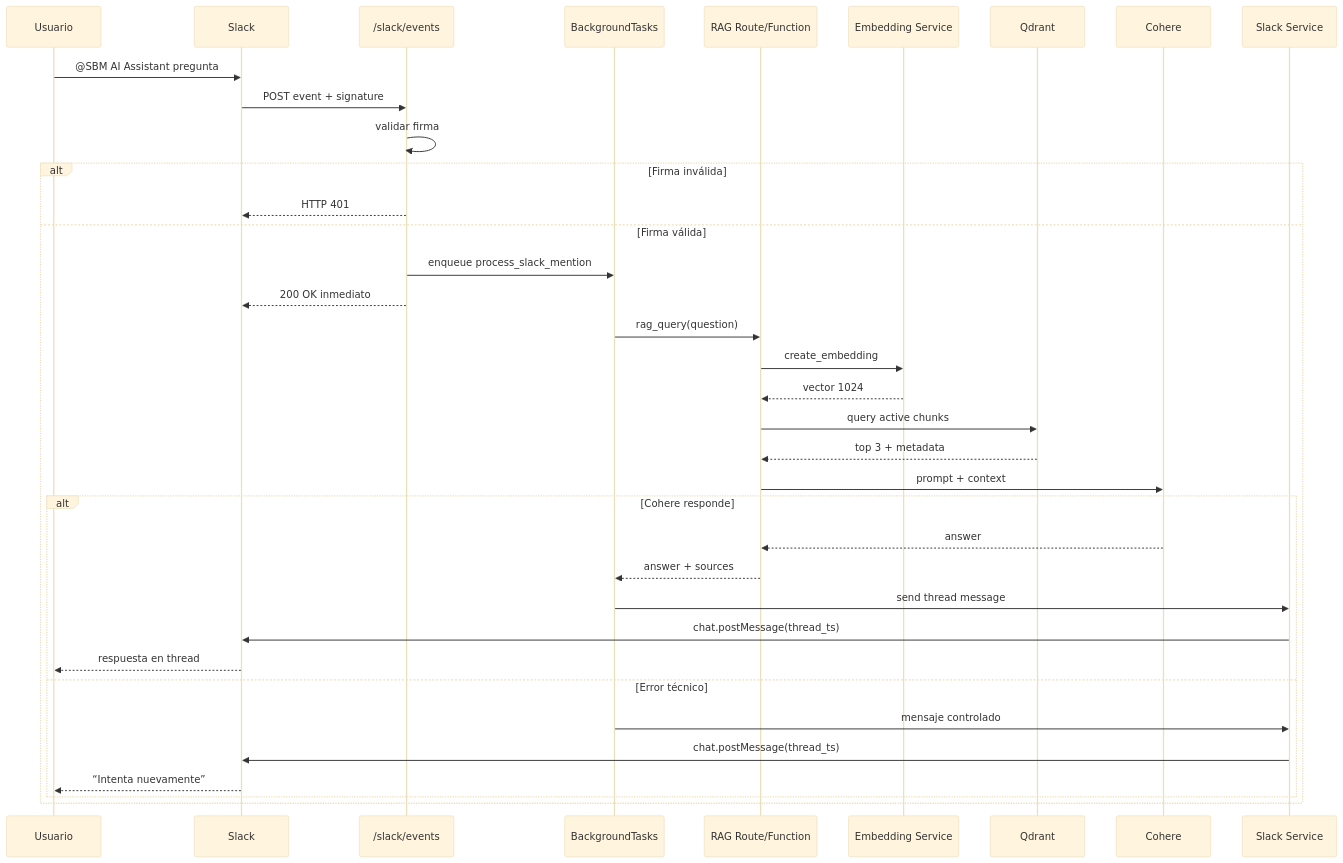
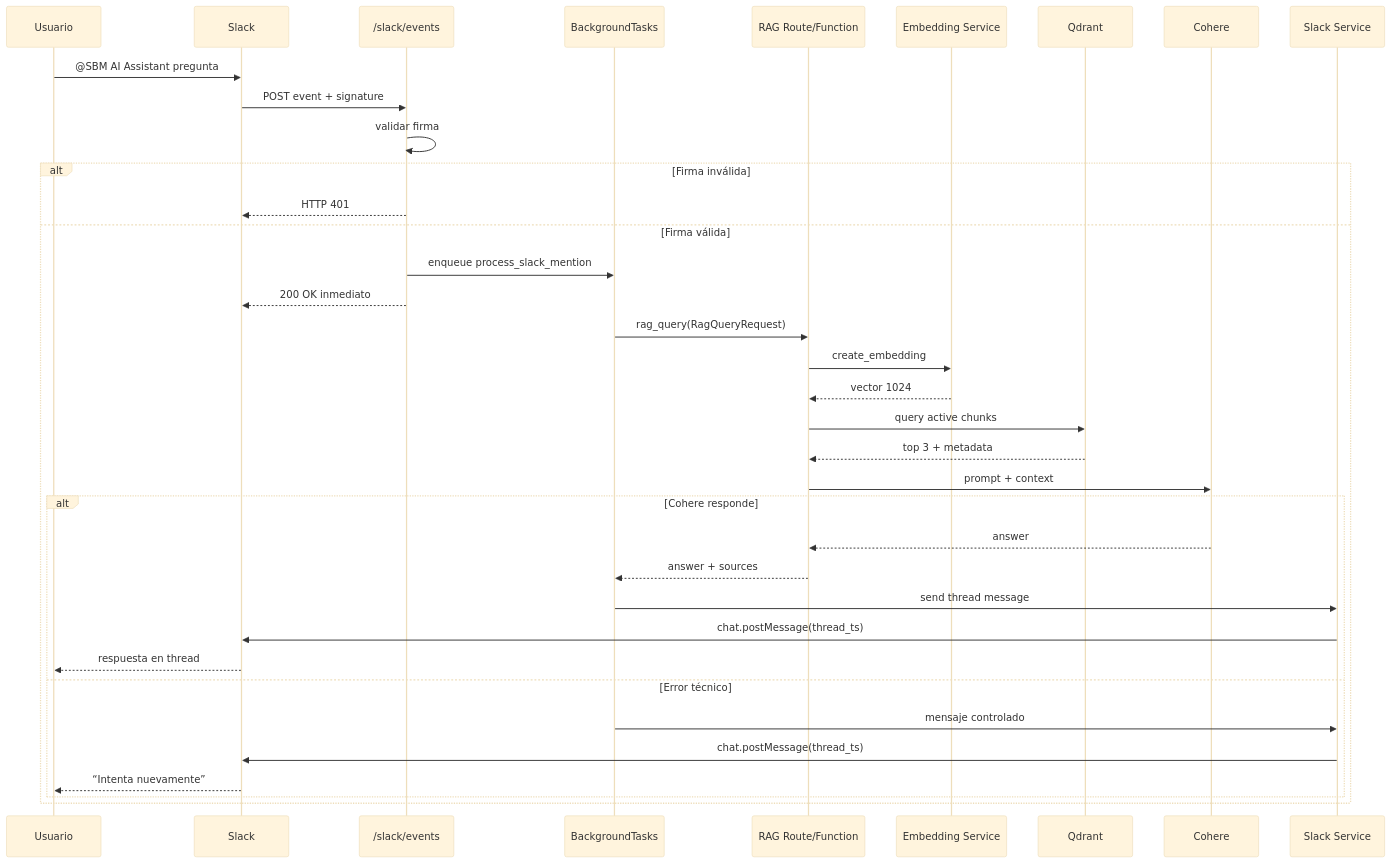
One commit to Francy1006/sbm-ai-assistant changed the second of 3 diagrams in PROJECT_CONTEXT.md. Above: the diagram before and after it, drawn with Mermaid (base theme). The commit also changed other lines of this file and 5 other files, not shown here.

Commit message:
factorize prompts & schemas

````diff
--- a/PROJECT_CONTEXT.md
+++ b/PROJECT_CONTEXT.md
@@ -1402,39 +1553,39 @@
 ```mermaid
 sequenceDiagram
     participant U as Usuario
     participant S as Slack
     participant E as /slack/events
     participant B as BackgroundTasks
     participant R as RAG Route/Function
     participant EM as Embedding Service
     participant Q as Qdrant
     participant L as Cohere
     participant SM as Slack Service
 
     U->>S: @SBM AI Assistant pregunta
     S->>E: POST event + signature
     E->>E: validar firma
     alt Firma inválida
         E-->>S: HTTP 401
     else Firma válida
         E->>B: enqueue process_slack_mention
         E-->>S: 200 OK inmediato
-        B->>R: rag_query(question)
+        B->>R: rag_query(RagQueryRequest)
         R->>EM: create_embedding
         EM-->>R: vector 1024
         R->>Q: query active chunks
         Q-->>R: top 3 + metadata
         R->>L: prompt + context
         alt Cohere responde
             L-->>R: answer
             R-->>B: answer + sources
             B->>SM: send thread message
             SM->>S: chat.postMessage(thread_ts)
             S-->>U: respuesta en thread
         else Error técnico
             B->>SM: mensaje controlado
             SM->>S: chat.postMessage(thread_ts)
             S-->>U: “Intenta nuevamente”
         end
     end
 ```
````
